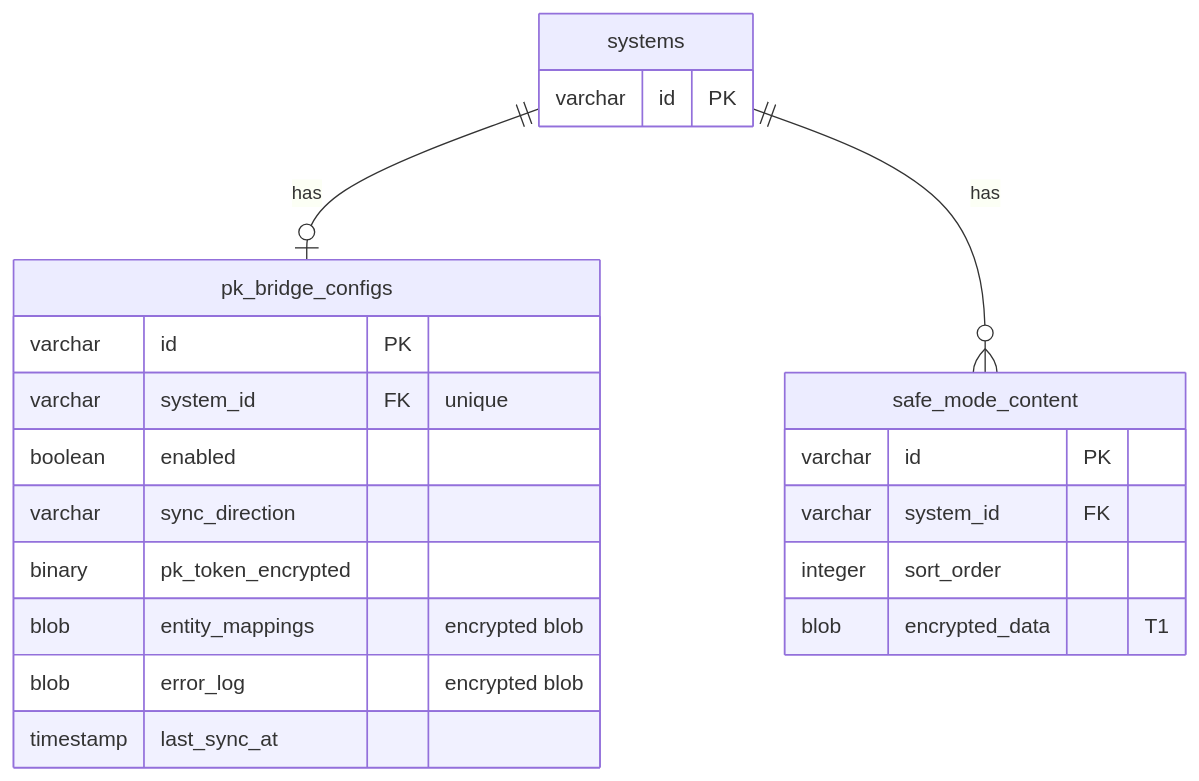
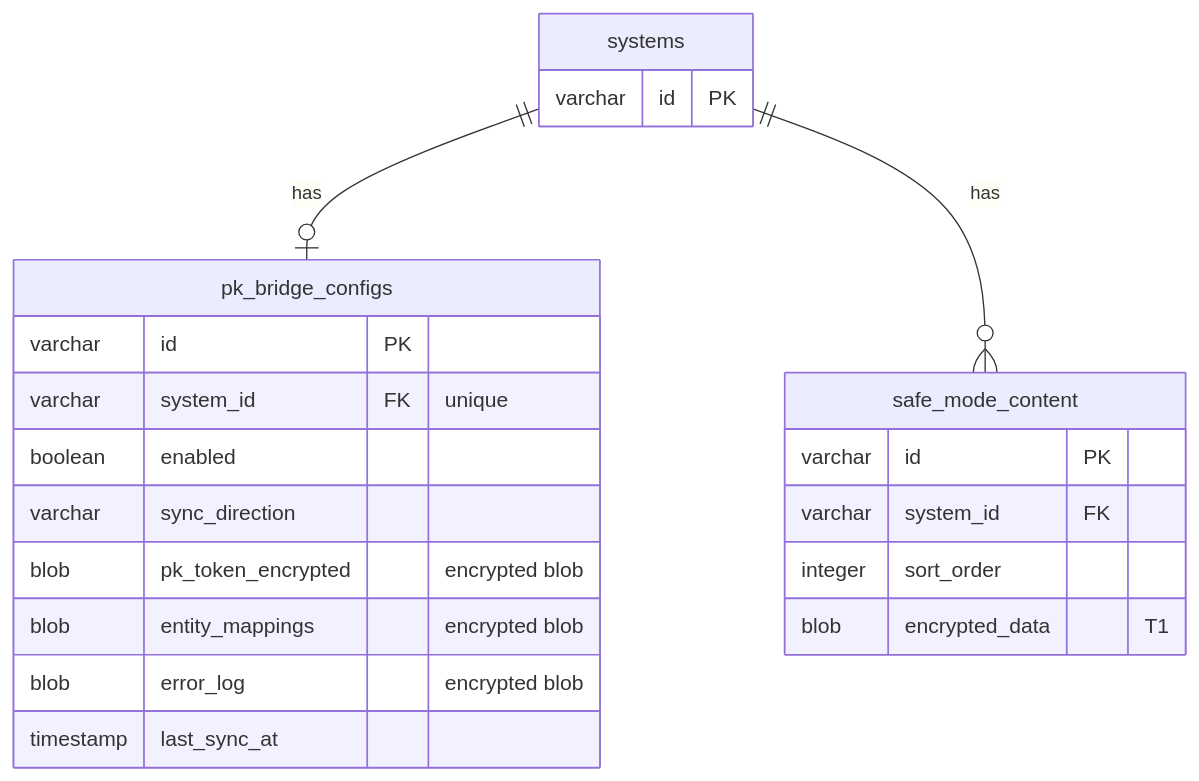
One commit to ThePrismSystem/pluralscape-mono changed diagram 19 of 22 in docs/database-schema.md. Above: the diagram before and after it, drawn with Mermaid. The commit also changed other lines of this file and 38 other files, not shown here.

````diff
--- a/docs/database-schema.md
+++ b/docs/database-schema.md
@@ -1088,27 +1087,27 @@
 ```mermaid
 erDiagram
     systems {
         varchar id PK
     }
 
     pk_bridge_configs {
         varchar id PK
         varchar system_id FK "unique"
         boolean enabled
         varchar sync_direction
-        binary pk_token_encrypted
+        blob pk_token_encrypted "encrypted blob"
         blob entity_mappings "encrypted blob"
         blob error_log "encrypted blob"
         timestamp last_sync_at
     }
 
     safe_mode_content {
         varchar id PK
         varchar system_id FK
         integer sort_order
         blob encrypted_data "T1"
     }
 
     systems ||--o| pk_bridge_configs : "has"
     systems ||--o{ safe_mode_content : "has"
 ```
````
